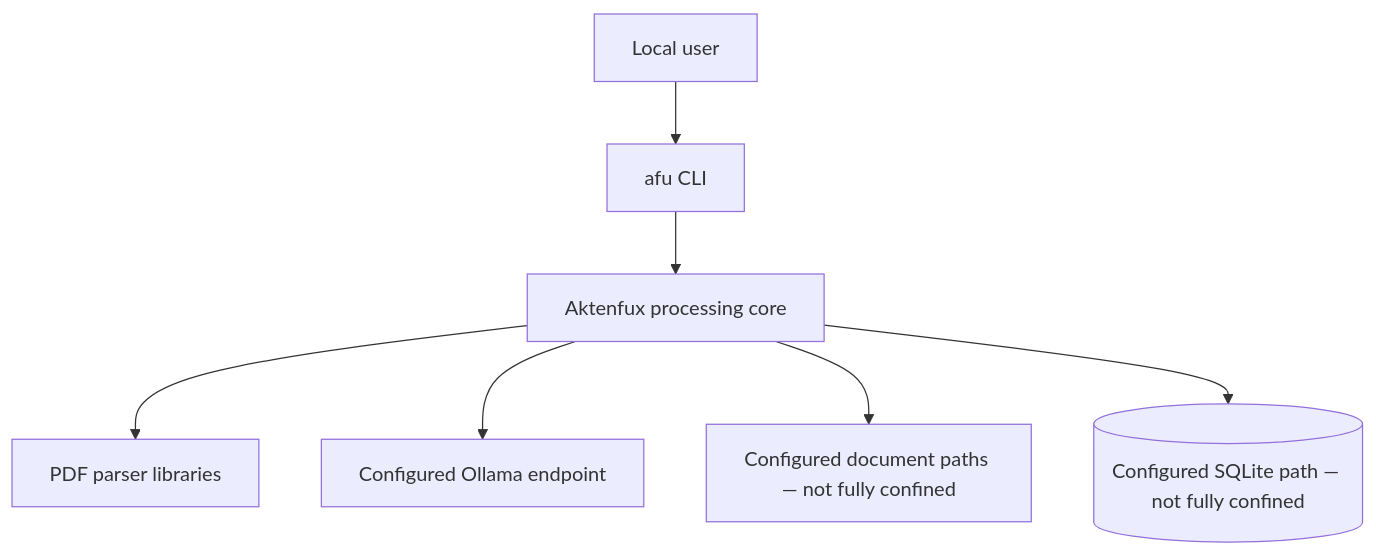
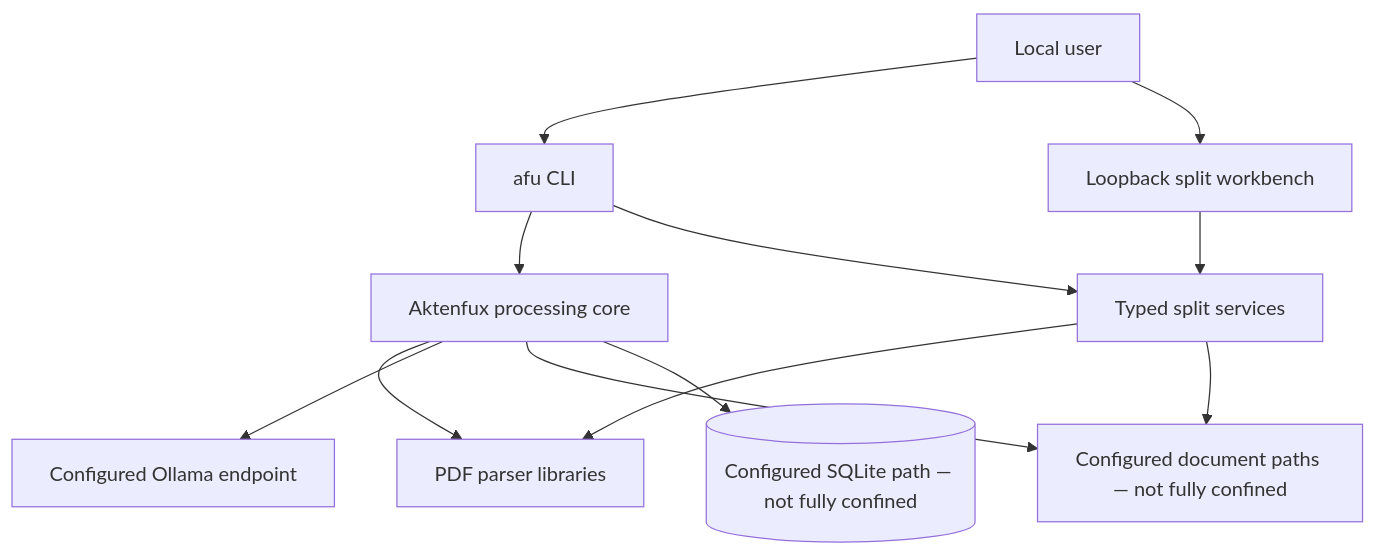
Before and after one commit to cgars/aktenfux: the first of 4 diagrams in docs/architecture.md, drawn with Mermaid. The commit also changed other lines of this file and 14 other files, not shown here.

Commit message:
Finalize secure split workbench

````diff
--- a/docs/architecture.md
+++ b/docs/architecture.md
@@ -52,9 +52,14 @@
 ```mermaid
 flowchart TD
     U["Local user"] --> CLI["afu CLI"]
+    U --> UI["Loopback split workbench"]
     CLI --> CORE["Aktenfux processing core"]
+    UI --> SPLIT["Typed split services"]
+    CLI --> SPLIT
     CORE --> PDF["PDF parser libraries"]
+    SPLIT --> PDF
     CORE --> OLLAMA["Configured Ollama endpoint"]
     CORE --> STORE["Configured document paths — not fully confined"]
+    SPLIT --> STORE
     CORE --> DB[("Configured SQLite path — not fully confined")]
 ```
````
